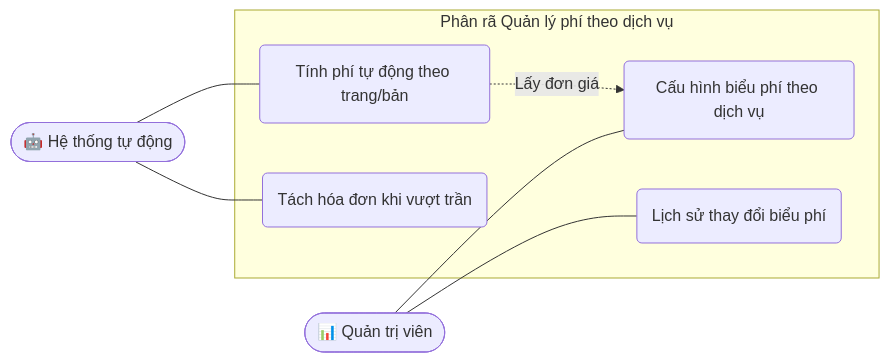
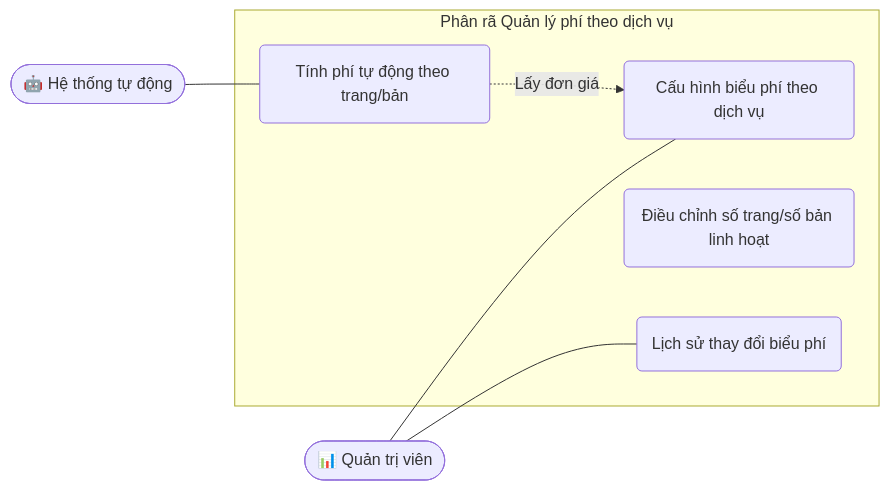
One commit to MinhHoang22/SRS_VPCC changed the sixth of 8 diagrams in docs/SRS_VPCC.md. Above: the diagram before and after it, drawn with Mermaid. The commit also changed other lines of this file, not shown here.

````diff
--- a/docs/SRS_VPCC.md
+++ b/docs/SRS_VPCC.md
@@ -435,20 +441,19 @@
 ```mermaid
 flowchart LR
     Admin(["📊 Quản trị viên"])
     Sys(["🤖 Hệ thống tự động"])
 
     subgraph Fee_Decomposed ["Phân rã Quản lý phí theo dịch vụ"]
         FEE_Config("Cấu hình biểu phí theo dịch vụ")
         FEE_Calc("Tính phí tự động theo trang/bản")
-        FEE_Split("Tách hóa đơn khi vượt trần")
+        FEE_Override("Điều chỉnh số trang/số bản linh hoạt")
         FEE_Log("Lịch sử thay đổi biểu phí")
     end
 
     Admin --- FEE_Config
     Admin --- FEE_Log
     
     Sys --- FEE_Calc
-    Sys --- FEE_Split
 
     FEE_Calc -.->|Lấy đơn giá| FEE_Config
 ```
````
